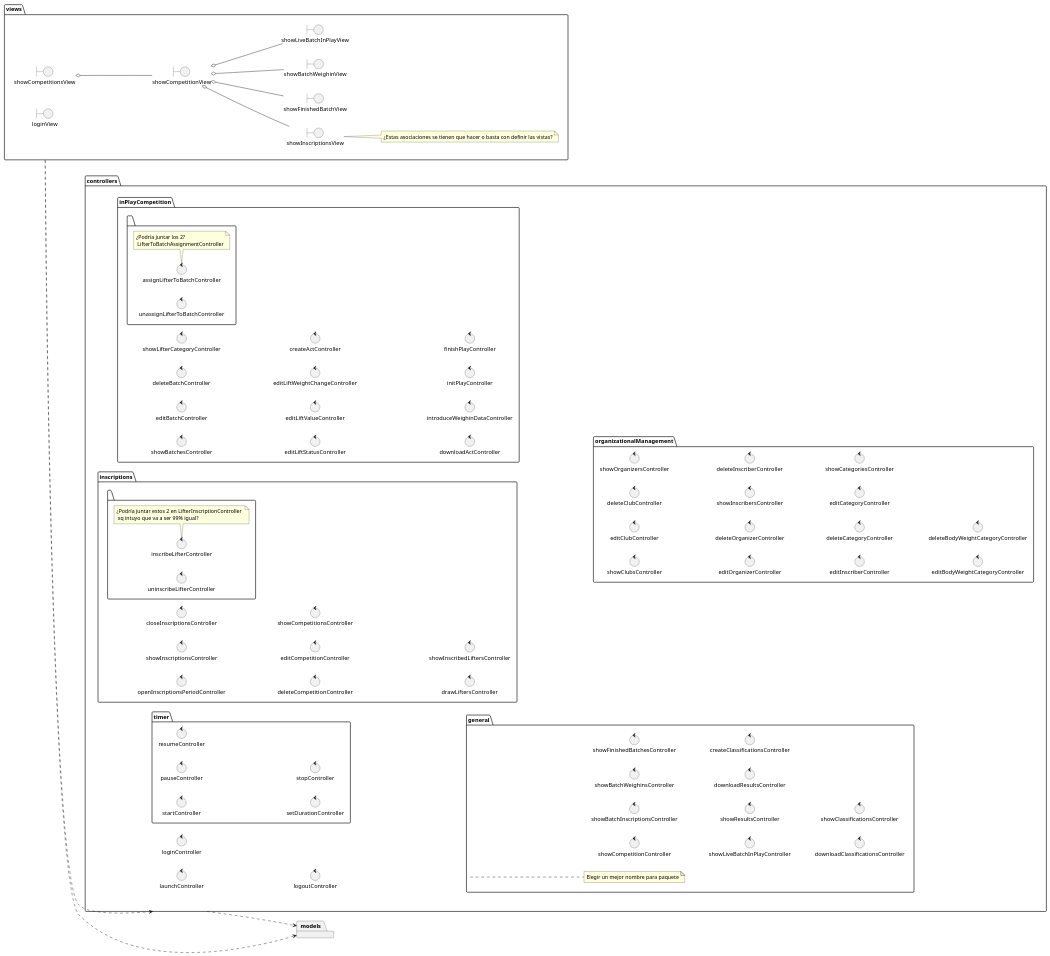
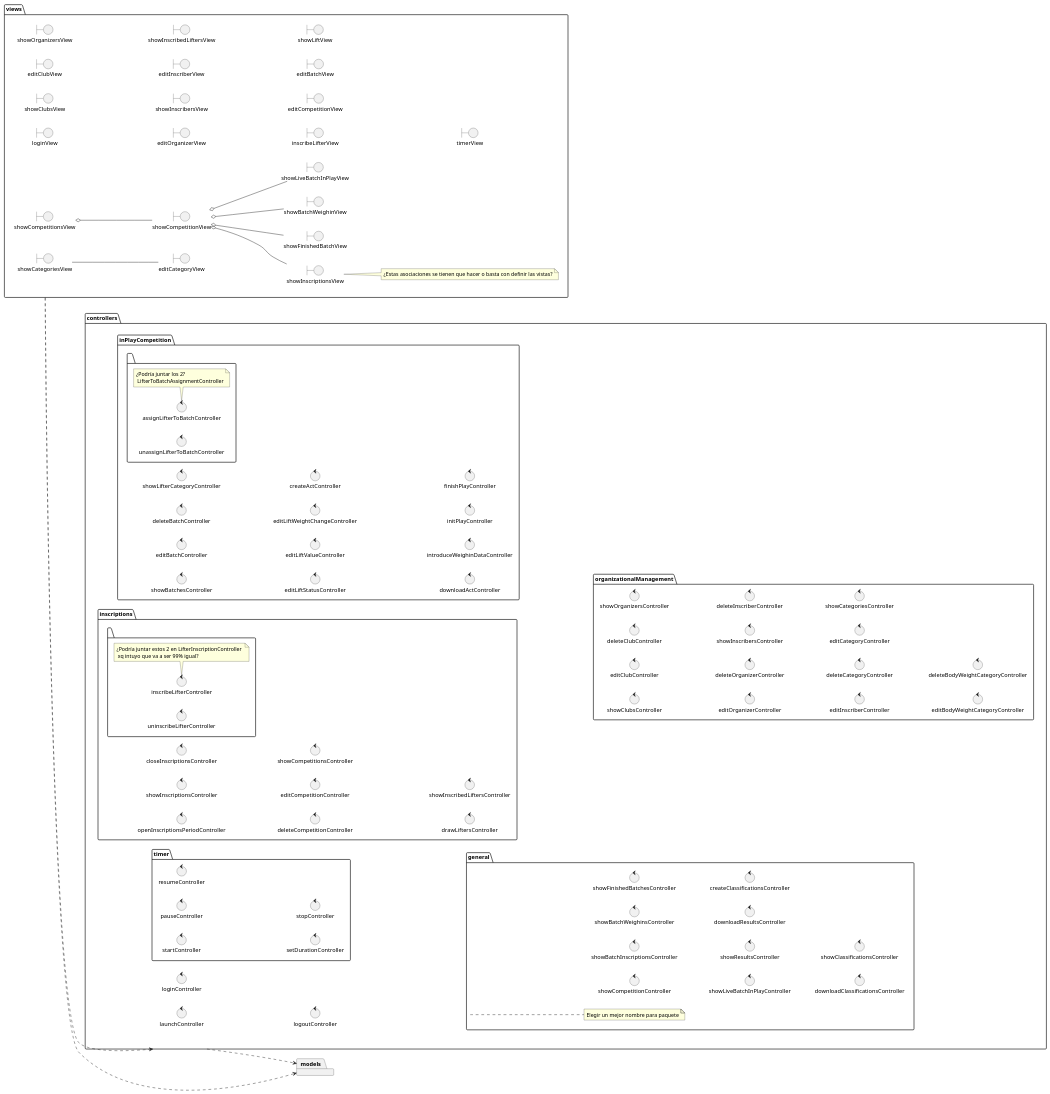
One commit to zuldare/mastercloud_pfm_halterocms changed the diagram in documentation/diagrams/2_analysis/ArchitectureAnalysis.puml. Above: the diagram before and after it, drawn with PlantUML.

Commit message:
Added views

```diff
--- a/documentation/diagrams/2_analysis/ArchitectureAnalysis.puml
+++ b/documentation/diagrams/2_analysis/ArchitectureAnalysis.puml
@@ -1,124 +1,148 @@
 @startuml
 
 left to right direction
 
 package views {
   boundary showCompetitionsView
   boundary showCompetitionView
-
-
-
 
   boundary showInscriptionsView
   boundary showFinishedBatchView
   boundary showBatchWeighinView
   boundary showLiveBatchInPlayView
 
   boundary loginView
 
   showCompetitionsView o-- showCompetitionView
   note right of showInscriptionsView: ¿Estas asociaciones se tienen que hacer o basta con definir las vistas?
   showCompetitionView o-- showInscriptionsView
   showCompetitionView o-- showFinishedBatchView
   showCompetitionView o-- showBatchWeighinView
   showCompetitionView o-- showLiveBatchInPlayView
+
+
+  boundary showCategoriesView
+  boundary editCategoryView
+
+  showCategoriesView -- editCategoryView
+
+  boundary showClubsView
+  boundary editClubView
+
+
+  boundary showOrganizersView
+  boundary editOrganizerView
+
+  boundary showInscribersView
+  boundary editInscriberView
+
+
+  boundary showInscribedLiftersView
+  boundary inscribeLifterView
+
+  boundary editCompetitionView
+  boundary editBatchView
+
+  boundary showLiftView
+  boundary timerView
+
 }
 
 package controllers {
 
   package inPlayCompetition {
       control showBatchesController
       control editBatchController
       control deleteBatchController
 
       package "  " {
         control assignLifterToBatchController
         control unassignLifterToBatchController
         note bottom of assignLifterToBatchController: ¿Podría juntar los 2? \n LifterToBatchAssignmentController
       }
 
       control showLifterCategoryController
       control editLiftStatusController
       control editLiftValueController
       control editLiftWeightChangeController
       control createActController
       control downloadActController
       control introduceWeighinDataController
       control initPlayController
       control finishPlayController
   }
 
   package inscriptions {
     control openInscriptionsPeriodController
     control showInscriptionsController
     control closeInscriptionsController
     control deleteCompetitionController
     control editCompetitionController
     control showCompetitionsController
     control drawLiftersController
 
     package " " {
       control inscribeLifterController
       control uninscribeLifterController
       note bottom of inscribeLifterController: ¿Podría juntar estos 2 en LifterInscriptionController \n xq intuyo que va a ser 99% igual?
     }
     control showInscribedLiftersController
   }
 
   package timer {
       control startController
       control pauseController
       control resumeController
       control setDurationController
       control stopController
    }
 
   package organizationalManagement {
     control showClubsController
     control editClubController
     control deleteClubController
     control showOrganizersController
     control editOrganizerController
     control deleteOrganizerController
     control showInscribersController
     control deleteInscriberController
     control editInscriberController
     control deleteCategoryController
     control editCategoryController
     control showCategoriesController
     control editBodyWeightCategoryController
     control deleteBodyWeightCategoryController
   }
 
 
 package general {
   note right of general: Elegir un mejor nombre para paquete
   control showCompetitionController
   control showBatchInscriptionsController
   control showBatchWeighinsController
   control showFinishedBatchesController
   control showLiveBatchInPlayController
   control showResultsController
   control downloadResultsController
   control showCompetitionsController
   control createClassificationsController
   control downloadClassificationsController
   control showClassificationsController
 }
 
   control launchController
   control loginController
   control logoutController
 
 }
 
 
 package models {
 }
 
 views ..> controllers
 views ..> models
 controllers ..> models
 
 
 @enduml
```
